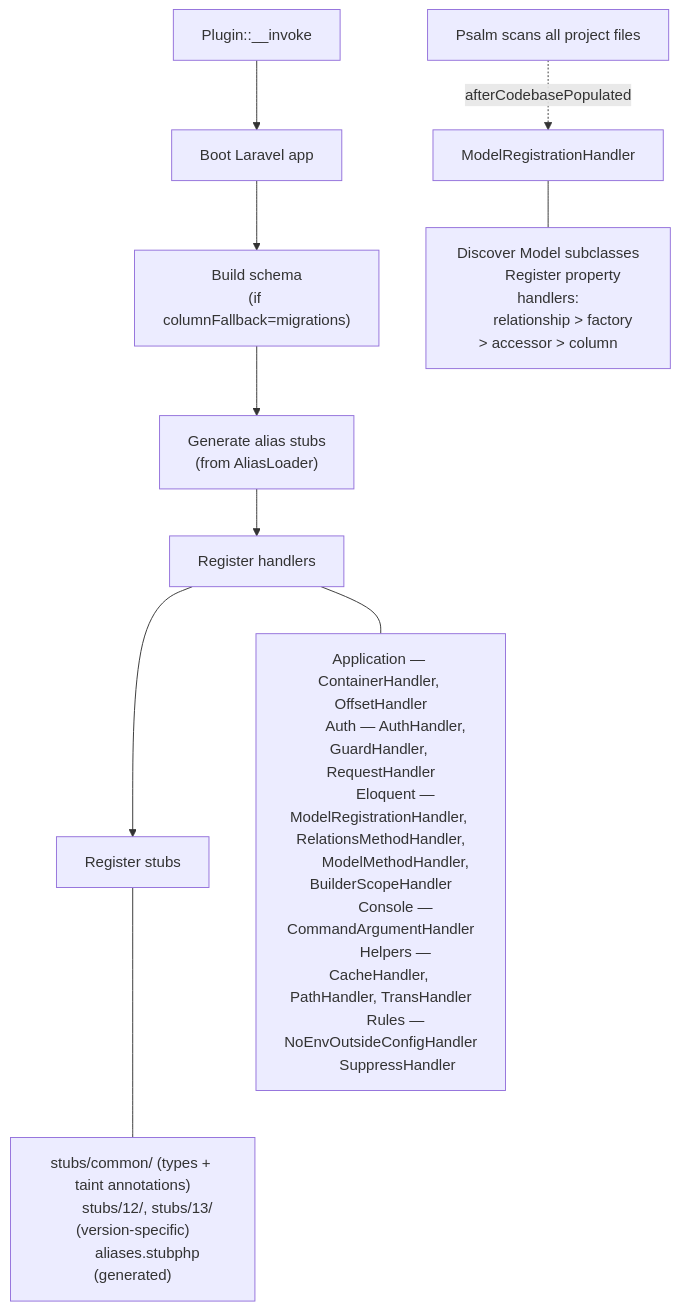
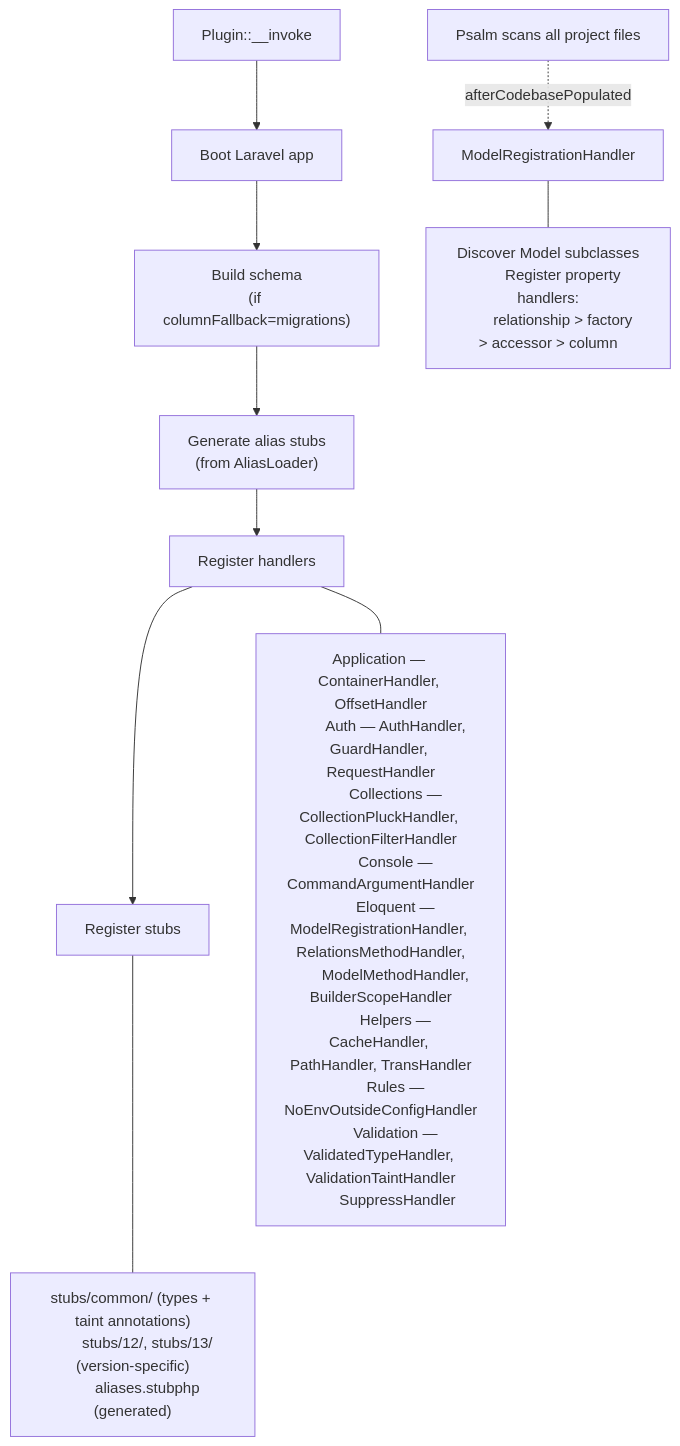
The first of 2 diagrams in docs/contribute/README.md (psalm/psalm-plugin-laravel), drawn with Mermaid before and after one commit. The commit also changed other lines of this file, not shown here.

Commit message:
docs: add Validation and Collections to handler diagrams #0

````diff
--- a/docs/contribute/README.md
+++ b/docs/contribute/README.md
@@ -19,32 +19,34 @@
 ```mermaid
 flowchart TD
     A["Plugin::__invoke"] --> B["Boot Laravel app"]
     B --> C["Build schema\n(if columnFallback=migrations)"]
     C --> D["Generate alias stubs\n(from AliasLoader)"]
     D --> E["Register handlers"]
     E --> F["Register stubs"]
 
     E --- handlers["
         Application — ContainerHandler, OffsetHandler
         Auth — AuthHandler, GuardHandler, RequestHandler
+        Collections — CollectionPluckHandler, CollectionFilterHandler
+        Console — CommandArgumentHandler
         Eloquent — ModelRegistrationHandler, RelationsMethodHandler,
         ModelMethodHandler, BuilderScopeHandler
-        Console — CommandArgumentHandler
         Helpers — CacheHandler, PathHandler, TransHandler
         Rules — NoEnvOutsideConfigHandler
+        Validation — ValidatedTypeHandler, ValidationTaintHandler
         SuppressHandler
     "]
 
     F --- stubs["
         stubs/common/ (types + taint annotations)
         stubs/12/, stubs/13/ (version-specific)
         aliases.stubphp (generated)
     "]
 
     G["Psalm scans all project files"] -.->|afterCodebasePopulated| H["ModelRegistrationHandler"]
     H --- models["
         Discover Model subclasses
         Register property handlers:
         relationship > factory > accessor > column
     "]
 ```
````
